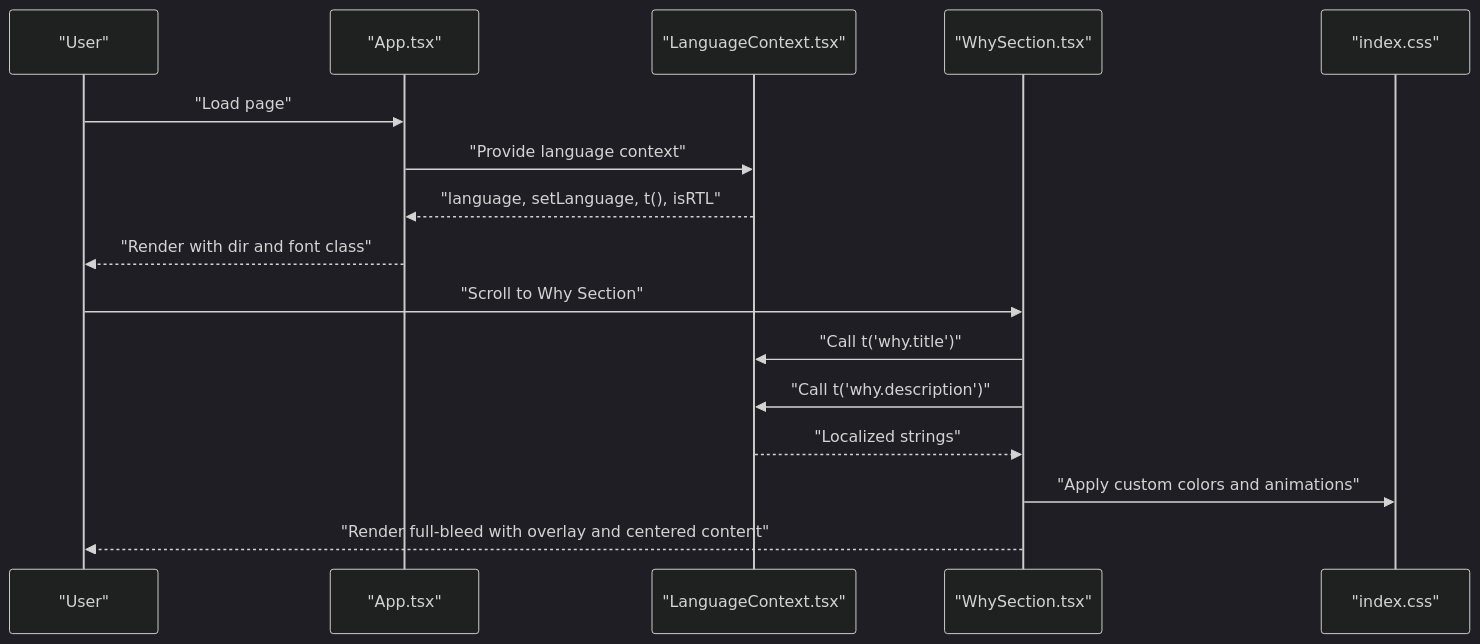
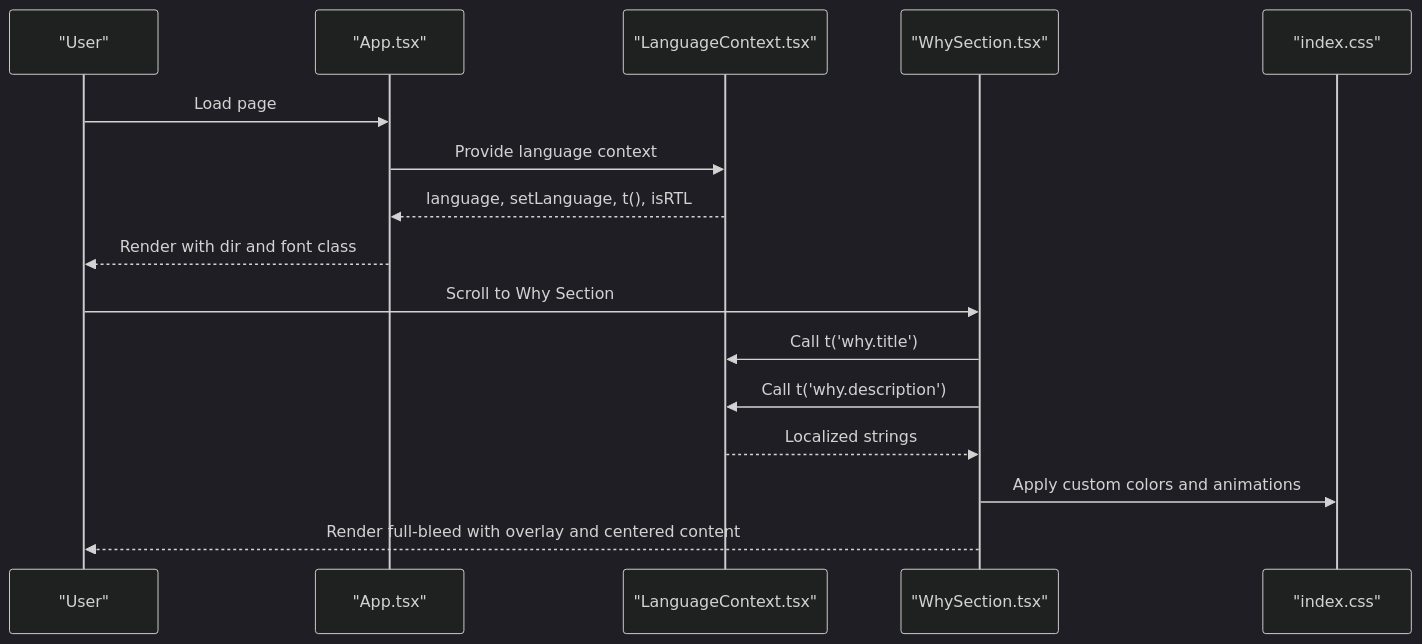
Before and after one commit to mohjak/sc-dof: the second of 3 diagrams in .qoder/repowiki/en/content/Component Architecture/Core Section Components/Why Section.md, drawn with Mermaid (dark theme). The commit also changed other lines of this file and 68 other files, not shown here.

First line of the commit message:
docs(docs): update component architecture docs with markdown formatting fixes

````diff
--- a/.qoder/repowiki/en/content/Component Architecture/Core Section Components/Why Section.md
+++ b/.qoder/repowiki/en/content/Component Architecture/Core Section Components/Why Section.md
@@ -91,18 +89,18 @@
 ```mermaid
 sequenceDiagram
 participant U as "User"
 participant P as "App.tsx"
 participant L as "LanguageContext.tsx"
 participant W as "WhySection.tsx"
 participant S as "index.css"
-U->>P : "Load page"
-P->>L : "Provide language context"
-L-->>P : "language, setLanguage, t(), isRTL"
-P-->>U : "Render with dir and font class"
-U->>W : "Scroll to Why Section"
-W->>L : "Call t('why.title')"
-W->>L : "Call t('why.description')"
-L-->>W : "Localized strings"
-W->>S : "Apply custom colors and animations"
-W-->>U : "Render full-bleed with overlay and centered content"
+U->>P : Load page
+P->>L : Provide language context
+L-->>P : language, setLanguage, t(), isRTL
+P-->>U : Render with dir and font class
+U->>W : Scroll to Why Section
+W->>L : Call t('why.title')
+W->>L : Call t('why.description')
+L-->>W : Localized strings
+W->>S : Apply custom colors and animations
+W-->>U : Render full-bleed with overlay and centered content
 ```
````
